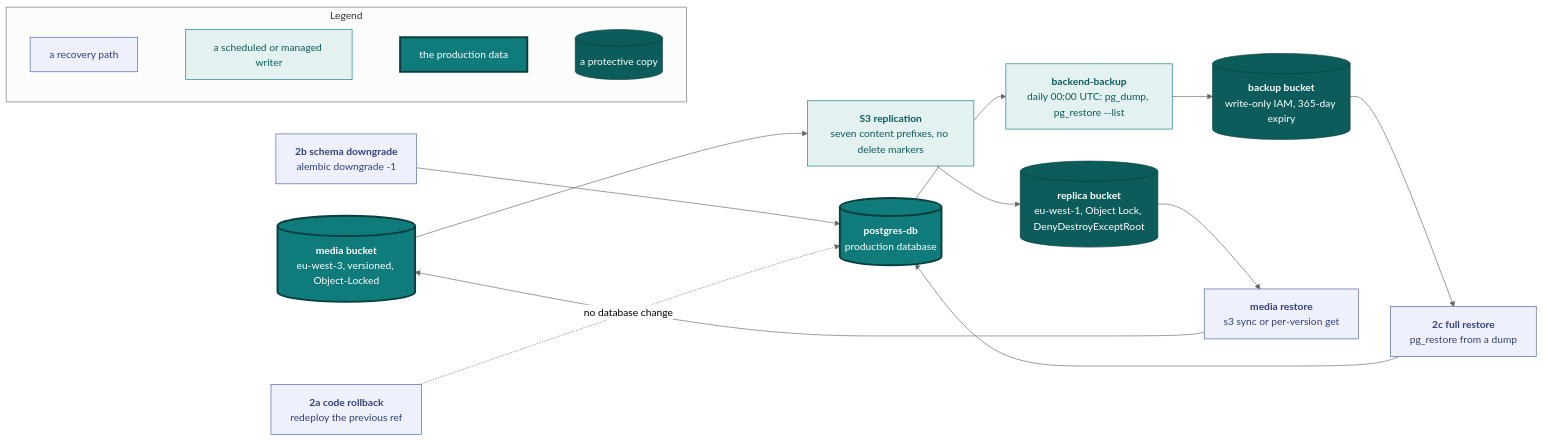
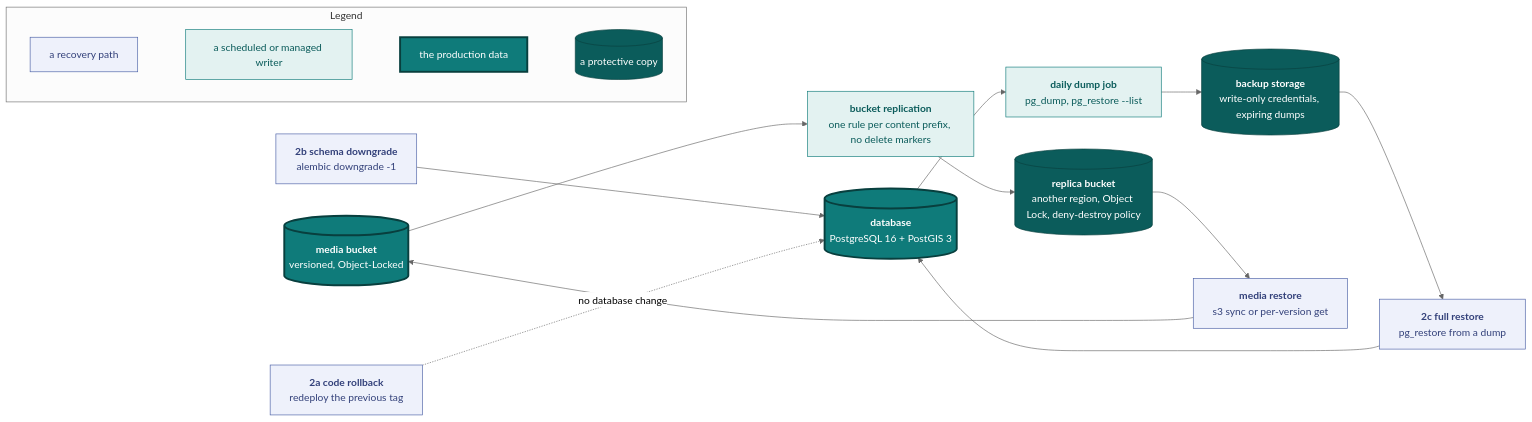
The diagram in docs/backups.md (vidithq/vidit), drawn with Mermaid (neutral theme) before and after one commit. The commit also changed other lines of this file and 18 other files, not shown here.

````diff
--- a/docs/backups.md
+++ b/docs/backups.md
@@ -5,45 +5,45 @@
 ```mermaid
 flowchart LR
   classDef spec fill:#eef1fb,stroke:#4a5fa5,color:#33417a
   classDef shared fill:#e3f2f1,stroke:#0f7b7a,color:#0b5c5b
   classDef core fill:#0f7b7a,stroke:#083f3e,stroke-width:3px,color:#ffffff
   classDef store fill:#0b5c5b,stroke:#083f3e,color:#ffffff
 
   subgraph legend [Legend]
     direction LR
     l1["`a recovery path`"]:::spec
     l2["`a scheduled or managed writer`"]:::shared
     l3["`the production data`"]:::core
     l4[("`a protective copy`")]:::store
     l1 ~~~ l2 ~~~ l3 ~~~ l4
   end
 
-  db[("`**postgres-db**
-  production database`")]:::core
+  db[("`**database**
+  PostgreSQL 16 + PostGIS 3`")]:::core
   media[("`**media bucket**
-  eu-west-3, versioned, Object-Locked`")]:::core
-  cron["`**backend-backup**
-  daily 00:00 UTC: pg_dump, pg_restore --list`"]:::shared
-  bak[("`**backup bucket**
-  write-only IAM, 365-day expiry`")]:::store
-  repl["`**S3 replication**
-  seven content prefixes, no delete markers`"]:::shared
+  versioned, Object-Locked`")]:::core
+  cron["`**daily dump job**
+  pg_dump, pg_restore --list`"]:::shared
+  bak[("`**backup storage**
+  write-only credentials, expiring dumps`")]:::store
+  repl["`**bucket replication**
+  one rule per content prefix, no delete markers`"]:::shared
   replica[("`**replica bucket**
-  eu-west-1, Object Lock, DenyDestroyExceptRoot`")]:::store
+  another region, Object Lock, deny-destroy policy`")]:::store
 
   r2a["`**2a code rollback**
-  redeploy the previous ref`"]:::spec
+  redeploy the previous tag`"]:::spec
   r2b["`**2b schema downgrade**
   alembic downgrade -1`"]:::spec
   r2c["`**2c full restore**
   pg_restore from a dump`"]:::spec
   rsync["`**media restore**
   s3 sync or per-version get`"]:::spec
 
   db --> cron --> bak
   media --> repl --> replica
   bak --> r2c --> db
   r2b --> db
   r2a -. "no database change" .-> db
   replica --> rsync --> media
 ```
````
